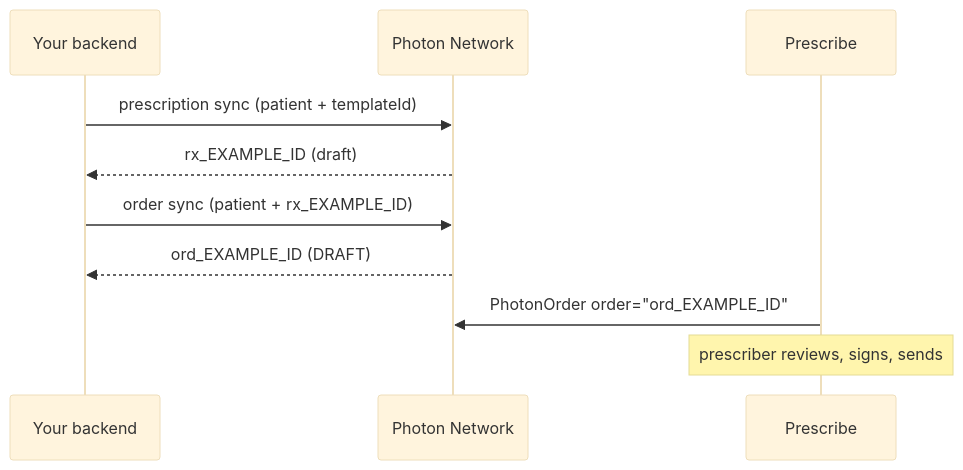
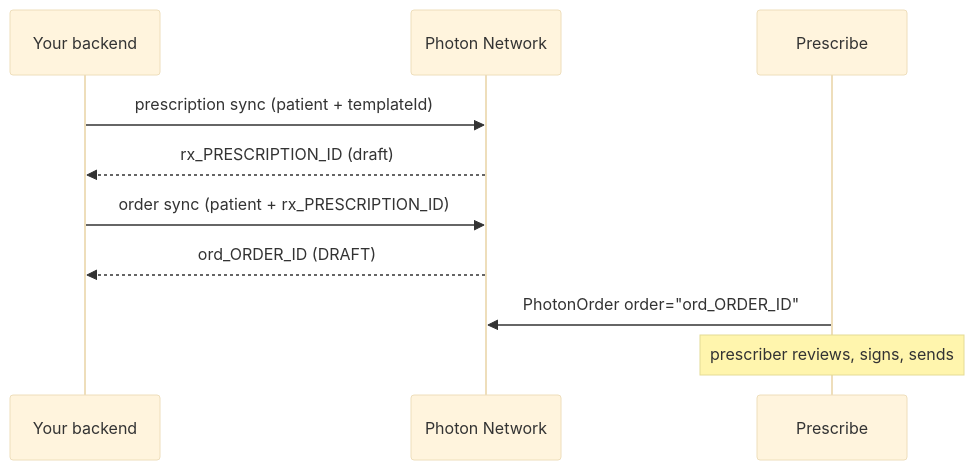
One commit to Photon-Health/docs changed the diagram in integrations/one-click-orders.mdx. Above: the diagram before and after it, drawn with Mermaid (base theme). The commit also changed other lines of this file and 27 other files, not shown here.

````diff
--- a/integrations/one-click-orders.mdx
+++ b/integrations/one-click-orders.mdx
@@ -10,12 +10,12 @@
 ```mermaid
 sequenceDiagram
   participant B as Your backend
   participant N as Photon Network
   participant F as Prescribe
   B->>N: prescription sync (patient + templateId)
-  N-->>B: rx_EXAMPLE_ID (draft)
-  B->>N: order sync (patient + rx_EXAMPLE_ID)
-  N-->>B: ord_EXAMPLE_ID (DRAFT)
-  F->>N: PhotonOrder order="ord_EXAMPLE_ID"
+  N-->>B: rx_PRESCRIPTION_ID (draft)
+  B->>N: order sync (patient + rx_PRESCRIPTION_ID)
+  N-->>B: ord_ORDER_ID (DRAFT)
+  F->>N: PhotonOrder order="ord_ORDER_ID"
   Note over F: prescriber reviews, signs, sends
 ```
````
